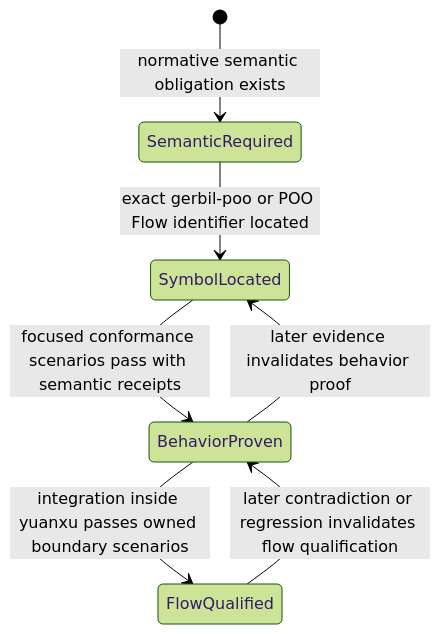
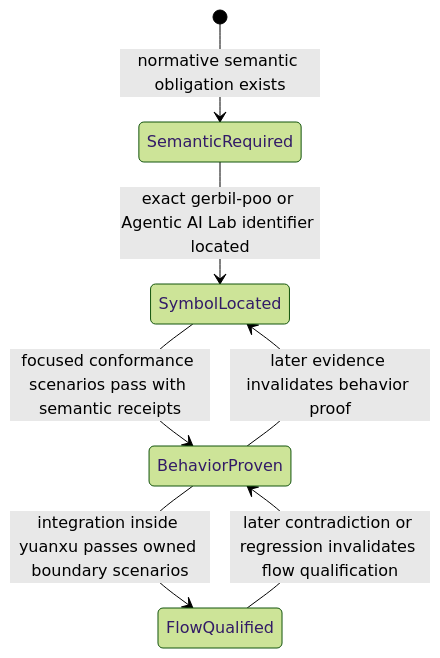
The fourth of 4 diagrams in module-system/design/45-16-semantic-conformance-adversarial-fault-injection.org (tao3k/gebril-yuanxu), drawn with Mermaid (forest theme) before and after one commit. The commit also changed other lines of this file and 507 other files, not shown here.

```diff
--- a/module-system/design/45-16-semantic-conformance-adversarial-fault-injection.org
+++ b/module-system/design/45-16-semantic-conformance-adversarial-fault-injection.org
@@ -305,9 +305,9 @@
 #+begin_src mermaid
 stateDiagram-v2
   [*] --> SemanticRequired: normative semantic obligation exists
-  SemanticRequired --> SymbolLocated: exact gerbil-poo or POO Flow identifier located
+  SemanticRequired --> SymbolLocated: exact gerbil-poo or Agentic AI Lab identifier located
   SymbolLocated --> BehaviorProven: focused conformance scenarios pass with semantic receipts
   BehaviorProven --> FlowQualified: integration inside yuanxu passes owned boundary scenarios
   FlowQualified --> BehaviorProven: later contradiction or regression invalidates flow qualification
   BehaviorProven --> SymbolLocated: later evidence invalidates behavior proof
 #+end_src
```
